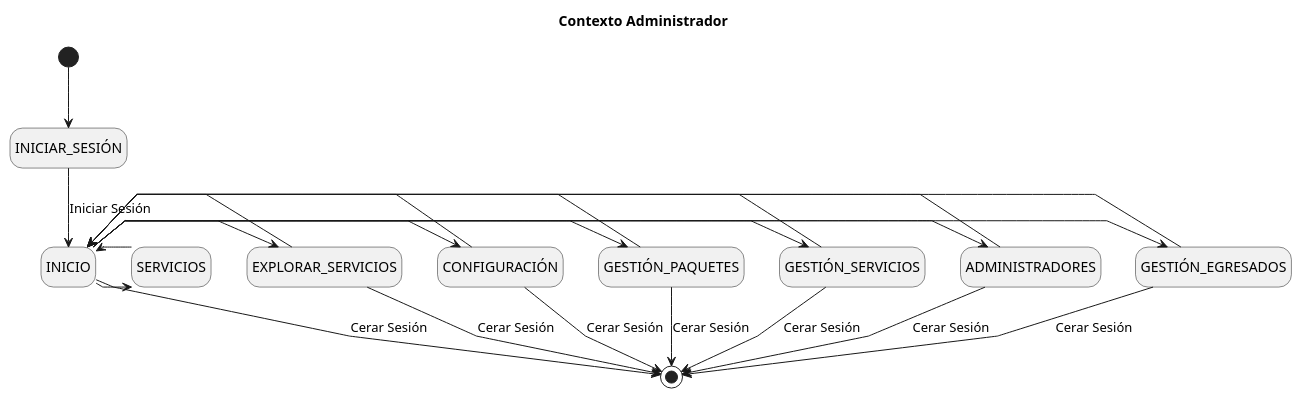
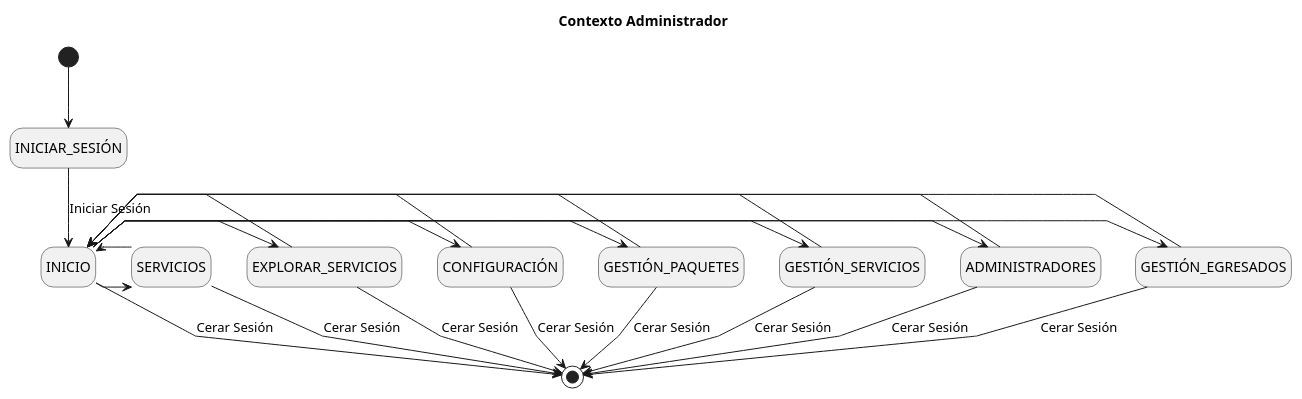
The diagram in Caso_de_Uso/Contexto/Administrador/Contexto/Contexto.puml (mmasias/23-24-IdSw1-SDR), drawn with PlantUML before and after one commit. The commit also changed 5 other files, not shown here.

```diff
--- a/Caso_de_Uso/Contexto/Administrador/Contexto/Contexto.puml
+++ b/Caso_de_Uso/Contexto/Administrador/Contexto/Contexto.puml
@@ -1,39 +1,40 @@
 @startuml Contexto
 title Contexto Administrador
 
 skinparam {
     NoteBackgroundColor #whiteSmoke
     NoteBorderColor #green
     linetype polyline
 }
 
 hide empty description
 
 [*] --> INICIAR_SESIÓN
 INICIAR_SESIÓN --> INICIO : Iniciar Sesión
 
 INICIO -> GESTIÓN_EGRESADOS
 INICIO <- GESTIÓN_EGRESADOS
 INICIO -> ADMINISTRADORES
 INICIO <- ADMINISTRADORES
 INICIO -> GESTIÓN_SERVICIOS
 INICIO <- GESTIÓN_SERVICIOS
 INICIO -> GESTIÓN_PAQUETES
 INICIO <- GESTIÓN_PAQUETES
 INICIO -> CONFIGURACIÓN
 INICIO <- CONFIGURACIÓN
 INICIO -> EXPLORAR_SERVICIOS
 INICIO <- EXPLORAR_SERVICIOS
 INICIO -> SERVICIOS
 INICIO <- SERVICIOS
 
 INICIO --> [*] : Cerar Sesión
+SERVICIOS --> [*] : Cerar Sesión
 GESTIÓN_EGRESADOS --> [*] : Cerar Sesión
 ADMINISTRADORES --> [*] : Cerar Sesión
 GESTIÓN_SERVICIOS --> [*] : Cerar Sesión
 GESTIÓN_PAQUETES --> [*] : Cerar Sesión
 CONFIGURACIÓN --> [*] : Cerar Sesión
 EXPLORAR_SERVICIOS --> [*] : Cerar Sesión
 
 
 @enduml
```
